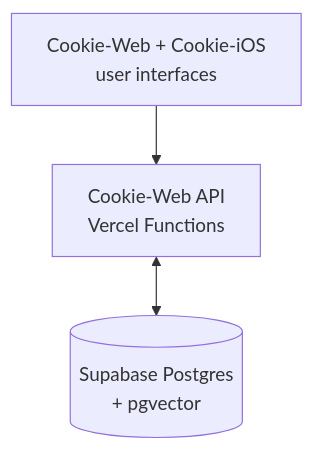
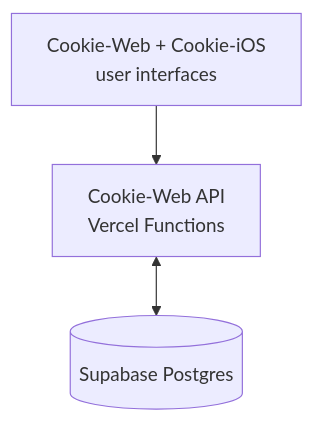
The first of 7 diagrams in docs/01-architecture.mdx (allistera/Cookie-Docs), drawn with Mermaid before and after one commit. The commit also changed other lines of this file and 6 other files, not shown here.

````diff
--- a/docs/01-architecture.mdx
+++ b/docs/01-architecture.mdx
@@ -21,9 +21,9 @@
 ```mermaid
 flowchart TB
     Clients["Cookie-Web + Cookie-iOS<br/>user interfaces"]
     API["Cookie-Web API<br/>Vercel Functions"]
-    DB[("Supabase Postgres\n+ pgvector")]
+    DB[("Supabase Postgres")]
 
     Clients --> API
     API <--> DB
 ```
````
